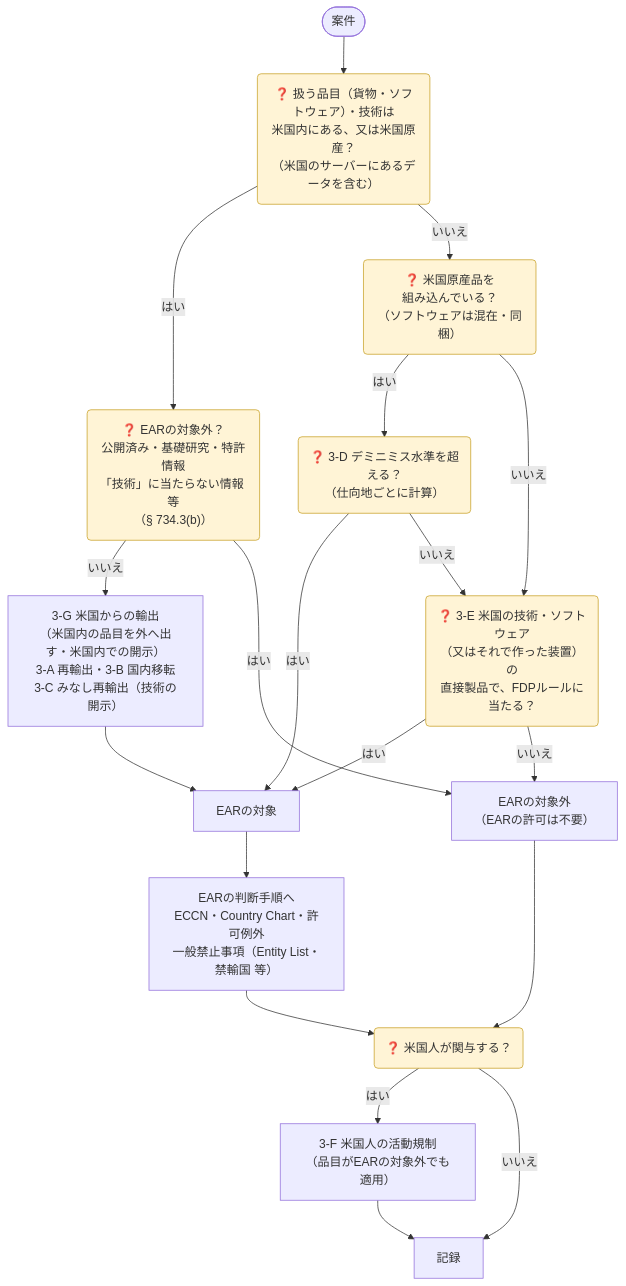
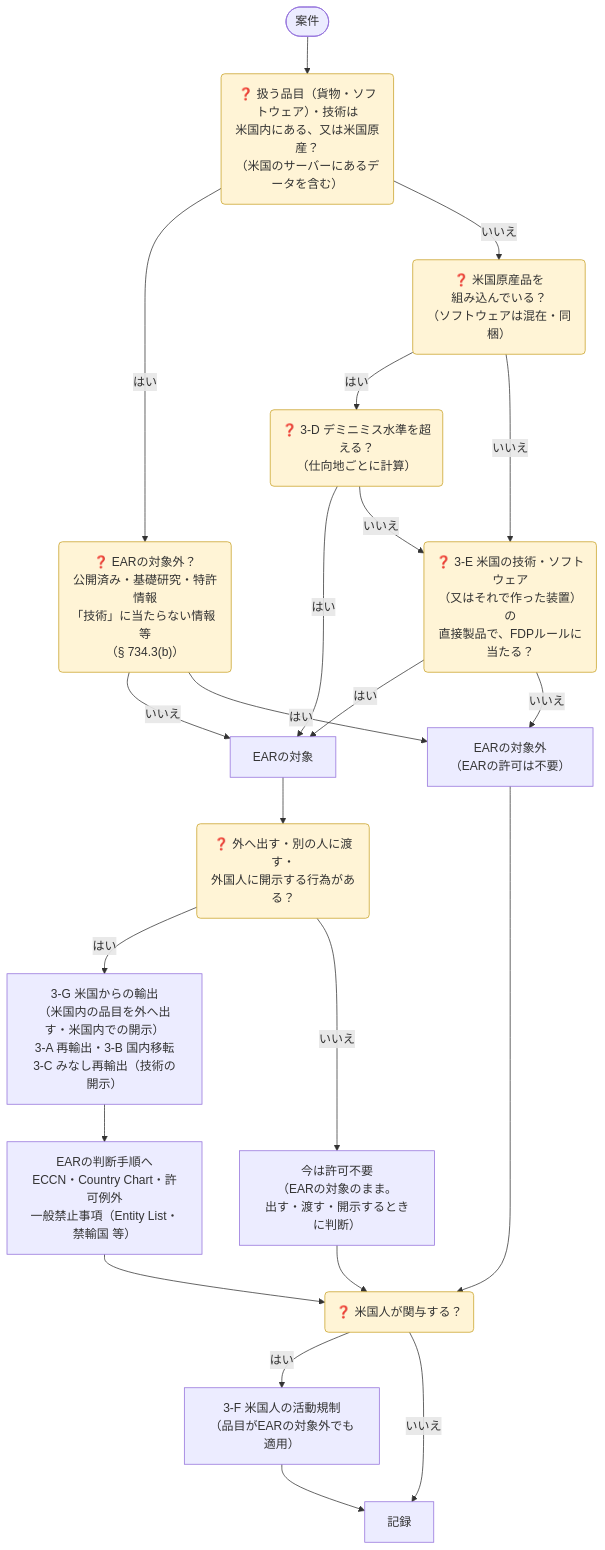
Before and after one commit to bamboo-go/export-control-hub: the third of 3 diagrams in content/ja/docs/01-overview/export-patterns/index.md, drawn with Mermaid. The commit also changed other lines of this file, not shown here.

Commit message:
Ask whether an export, transfer or release occurs before classifying EAR case types

````diff
--- a/content/ja/docs/01-overview/export-patterns/index.md
+++ b/content/ja/docs/01-overview/export-patterns/index.md
@@ -136,23 +136,26 @@
 ```mermaid
 flowchart TD
   S(["案件"]) --> O("❓ 扱う品目（貨物・ソフトウェア）・技術は<br/>米国内にある、又は米国原産？<br/>（米国のサーバーにあるデータを含む）")
   O -- はい --> X0("❓ EARの対象外？<br/>公開済み・基礎研究・特許情報<br/>「技術」に当たらない情報 等<br/>（§ 734.3(b)）")
-  X0 -- いいえ --> O1["3-G 米国からの輸出<br/>（米国内の品目を外へ出す・米国内での開示）<br/>3-A 再輸出・3-B 国内移転<br/>3-C みなし再輸出（技術の開示）"]
+  X0 -- いいえ --> SUB
   X0 -- はい --> NS
   O -- いいえ --> D("❓ 米国原産品を<br/>組み込んでいる？<br/>（ソフトウェアは混在・同梱）")
   D -- はい --> D1("❓ 3-D デミニミス水準を超える？<br/>（仕向地ごとに計算）")
   D -- いいえ --> F
   D1 -- はい --> SUB
   D1 -- いいえ --> F("❓ 3-E 米国の技術・ソフトウェア<br/>（又はそれで作った装置）の<br/>直接製品で、FDPルールに当たる？")
   F -- はい --> SUB["EARの対象"]
   F -- いいえ --> NS["EARの対象外<br/>（EARの許可は不要）"]
-  O1 --> SUB
-  SUB --> J["EARの判断手順へ<br/>ECCN・Country Chart・許可例外<br/>一般禁止事項（Entity List・禁輸国 等）"]
+  SUB --> A0("❓ 外へ出す・別の人に渡す・<br/>外国人に開示する行為がある？")
+  A0 -- はい --> O1["3-G 米国からの輸出<br/>（米国内の品目を外へ出す・米国内での開示）<br/>3-A 再輸出・3-B 国内移転<br/>3-C みなし再輸出（技術の開示）"]
+  A0 -- いいえ --> N0["今は許可不要<br/>（EARの対象のまま。<br/>出す・渡す・開示するときに判断）"]
+  N0 --> M
+  O1 --> J["EARの判断手順へ<br/>ECCN・Country Chart・許可例外<br/>一般禁止事項（Entity List・禁輸国 等）"]
   J --> M("❓ 米国人が関与する？")
   NS --> M
   M -- はい --> F3["3-F 米国人の活動規制<br/>（品目がEARの対象外でも適用）"]
   M -- いいえ --> R["記録"]
   F3 --> R
   classDef q fill:#fff4d6,stroke:#c9a227,color:#333;
-  class O,X0,D,D1,F,M q;
+  class O,X0,D,D1,F,A0,M q;
 ```
````
